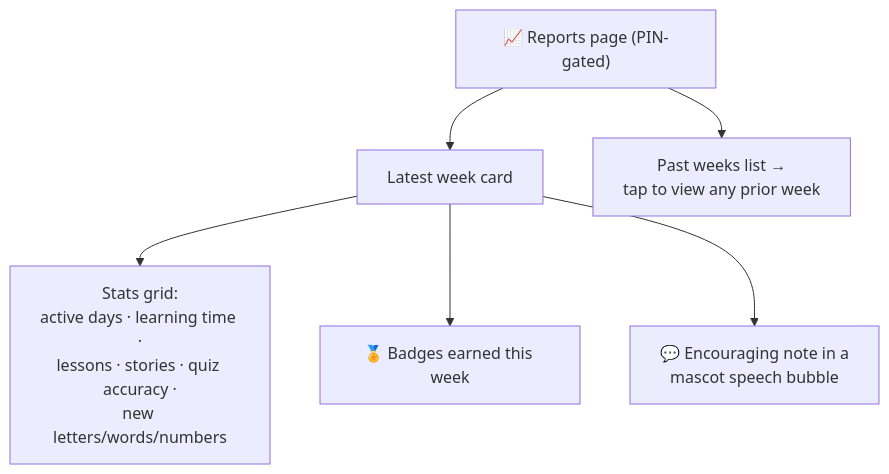
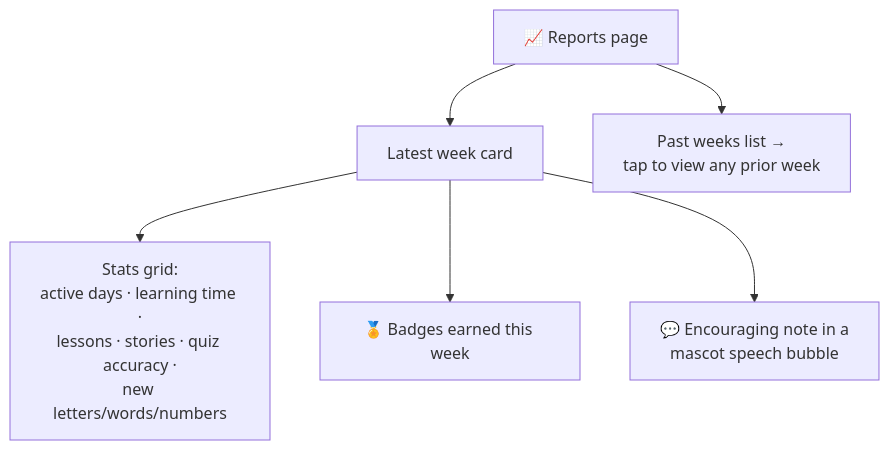
Diagram 19 of 28 in document/user-journey-manual.md (salmanbd100/kidlearn), drawn with Mermaid before and after one commit. The commit also changed other lines of this file and 15 other files, not shown here.

````diff
--- a/document/user-journey-manual.md
+++ b/document/user-journey-manual.md
@@ -543,8 +539,8 @@
 ```mermaid
 flowchart TD
-    Open["📈 Reports page (PIN-gated)"] --> Latest["Latest week card"]
+    Open["📈 Reports page"] --> Latest["Latest week card"]
     Latest --> Stats["Stats grid:<br/>active days · learning time ·<br/>lessons · stories · quiz accuracy ·<br/>new letters/words/numbers"]
     Latest --> BadgesW[🏅 Badges earned this week]
     Latest --> Note["💬 Encouraging note in a<br/>mascot speech bubble"]
     Open --> Past["Past weeks list →<br/>tap to view any prior week"]
 ```
````
